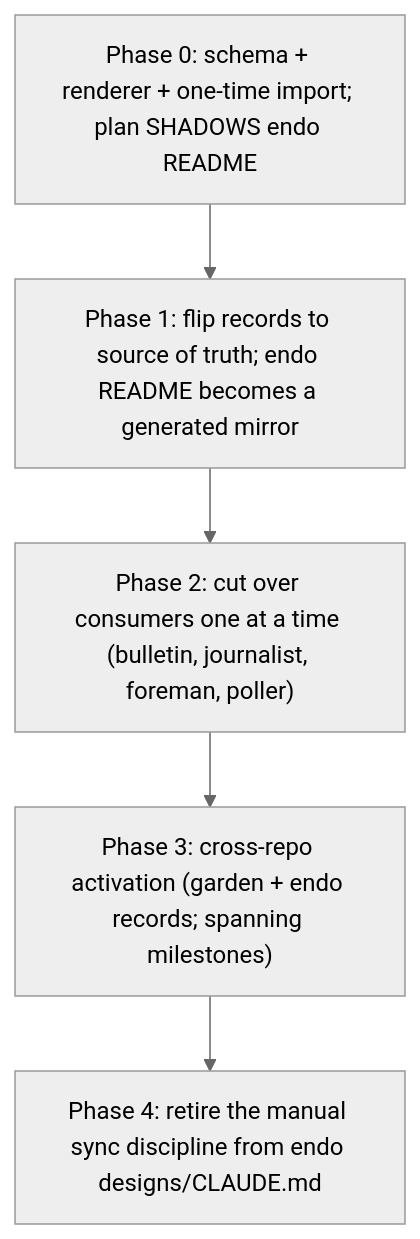
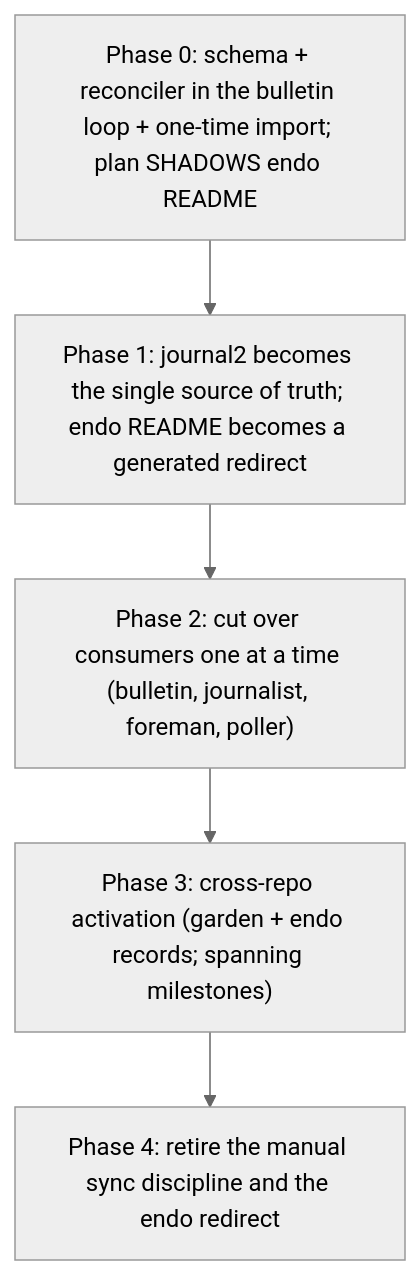
Before and after one commit to kriscendobot/garden: the second of 2 diagrams in designs/plan-in-journal.md, drawn with Mermaid (neutral theme). The commit also changed other lines of this file, not shown here.

First line of the commit message:
design(plan-in-journal): fold in kriskowal review (plan fully in journal2)

````diff
--- a/designs/plan-in-journal.md
+++ b/designs/plan-in-journal.md
@@ -195,9 +229,9 @@
 ```mermaid
 flowchart TD
-  P0["Phase 0: schema + renderer + one-time import; plan SHADOWS endo README"]
-  P1["Phase 1: flip records to source of truth; endo README becomes a generated mirror"]
+  P0["Phase 0: schema + reconciler in the bulletin loop + one-time import; plan SHADOWS endo README"]
+  P1["Phase 1: journal2 becomes the single source of truth; endo README becomes a generated redirect"]
   P2["Phase 2: cut over consumers one at a time (bulletin, journalist, foreman, poller)"]
   P3["Phase 3: cross-repo activation (garden + endo records; spanning milestones)"]
-  P4["Phase 4: retire the manual sync discipline from endo designs/CLAUDE.md"]
+  P4["Phase 4: retire the manual sync discipline and the endo redirect"]
   P0 --> P1 --> P2 --> P3 --> P4
 ```
````
